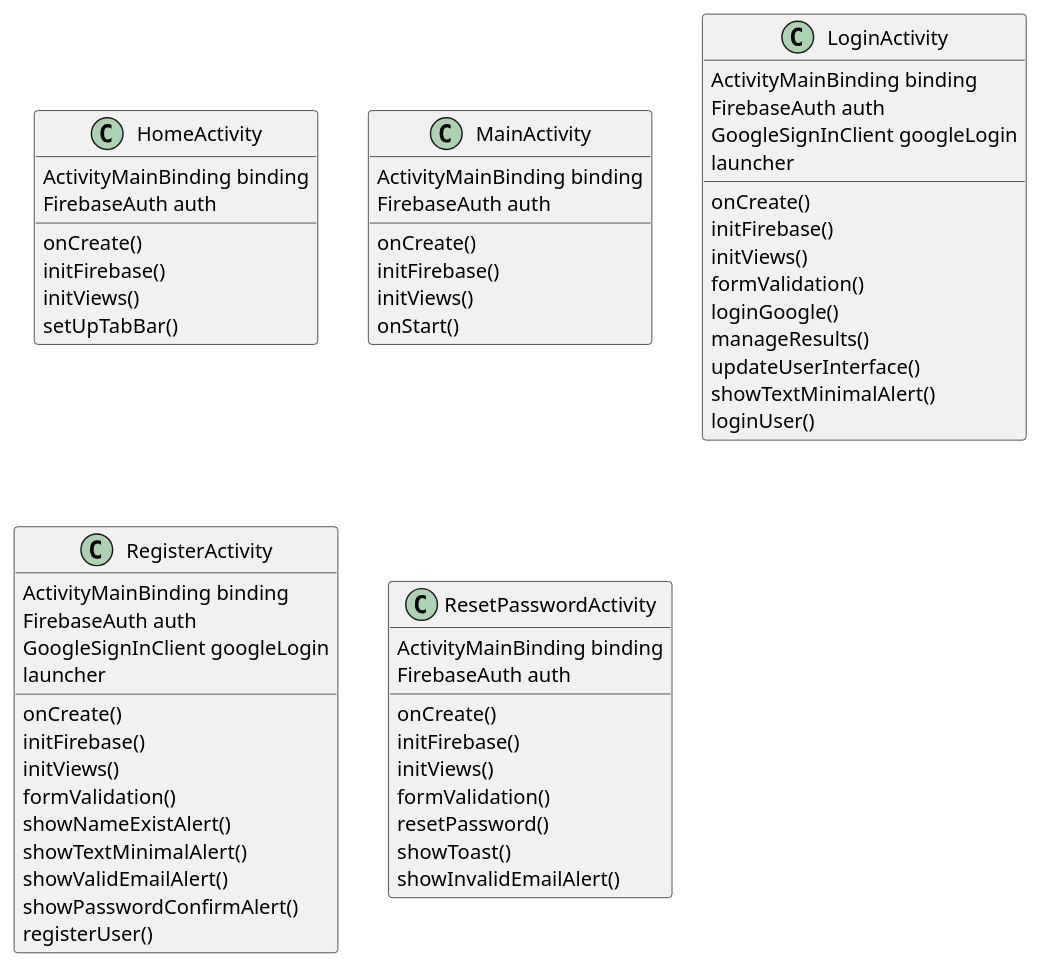
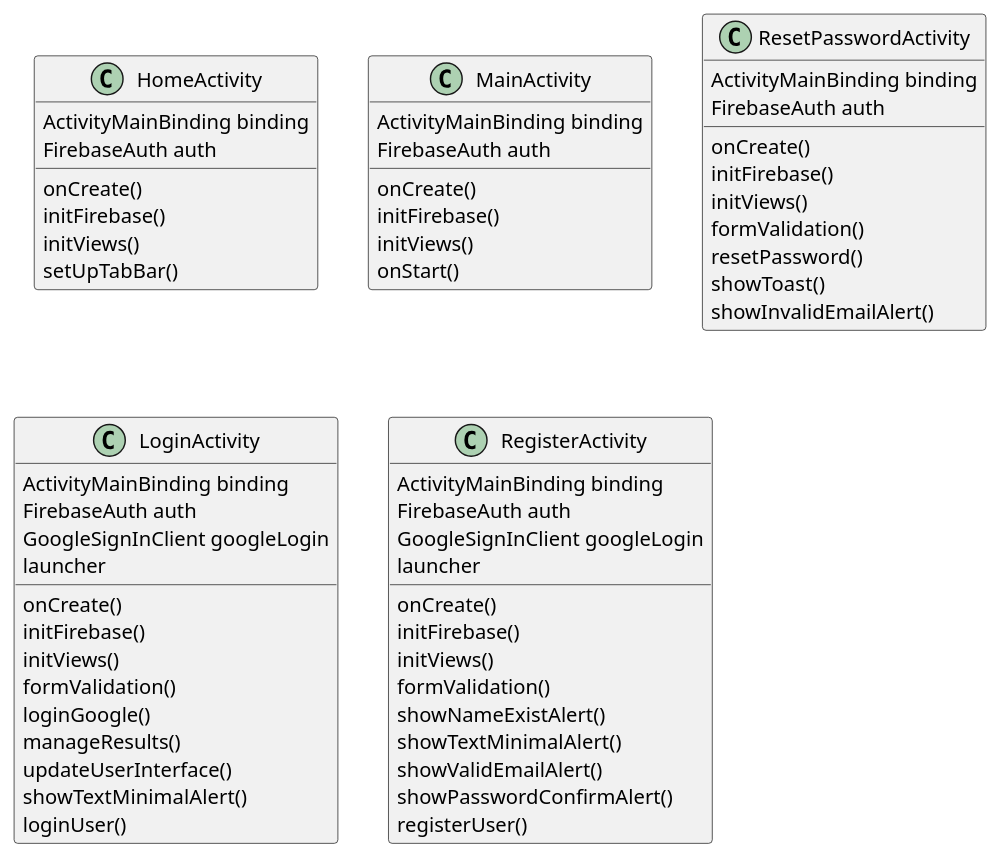
The diagram in app/Class diagram.puml (Tiger-Catori/Individual-Project), drawn with PlantUML before and after one commit. The commit also changed other lines of this file and 32 other files, not shown here.

Commit message:
Refactoring and editing and trying to add crypto graphview

```diff
--- a/app/Class diagram.puml
+++ b/app/Class diagram.puml
@@ -1,84 +1,84 @@
 @startuml
 'https://plantuml.com/class-diagram
 
 
 
 
 class HomeActivity {
 
     ActivityMainBinding binding
     FirebaseAuth auth
 
     onCreate()
     initFirebase()
     initViews()
     setUpTabBar()
 }
 
 
 class MainActivity {
 
     ActivityMainBinding binding
     FirebaseAuth auth
 
     onCreate()
     initFirebase()
     initViews()
     onStart()
+}
+
+
+class ResetPasswordActivity {
+
+    ActivityMainBinding binding
+    FirebaseAuth auth
+
+    onCreate()
+    initFirebase()
+    initViews()
+    formValidation()
+    resetPassword()
+    showToast()
+    showInvalidEmailAlert()
+
 }
 
 class LoginActivity {
 
     ActivityMainBinding binding
     FirebaseAuth auth
     GoogleSignInClient googleLogin
     launcher
 
     onCreate()
     initFirebase()
     initViews()
     formValidation()
     loginGoogle()
     manageResults()
     updateUserInterface()
     showTextMinimalAlert()
     loginUser()
 }
 
 
 class RegisterActivity {
 
     ActivityMainBinding binding
     FirebaseAuth auth
     GoogleSignInClient googleLogin
     launcher
 
     onCreate()
     initFirebase()
     initViews()
     formValidation()
     showNameExistAlert()
     showTextMinimalAlert()
     showValidEmailAlert()
     showPasswordConfirmAlert()
     registerUser()
 }
 
 
-class ResetPasswordActivity {
-
-    ActivityMainBinding binding
-    FirebaseAuth auth
-
-    onCreate()
-    initFirebase()
-    initViews()
-    formValidation()
-    resetPassword()
-    showToast()
-    showInvalidEmailAlert()
-
-}
-
-
 @enduml
```
